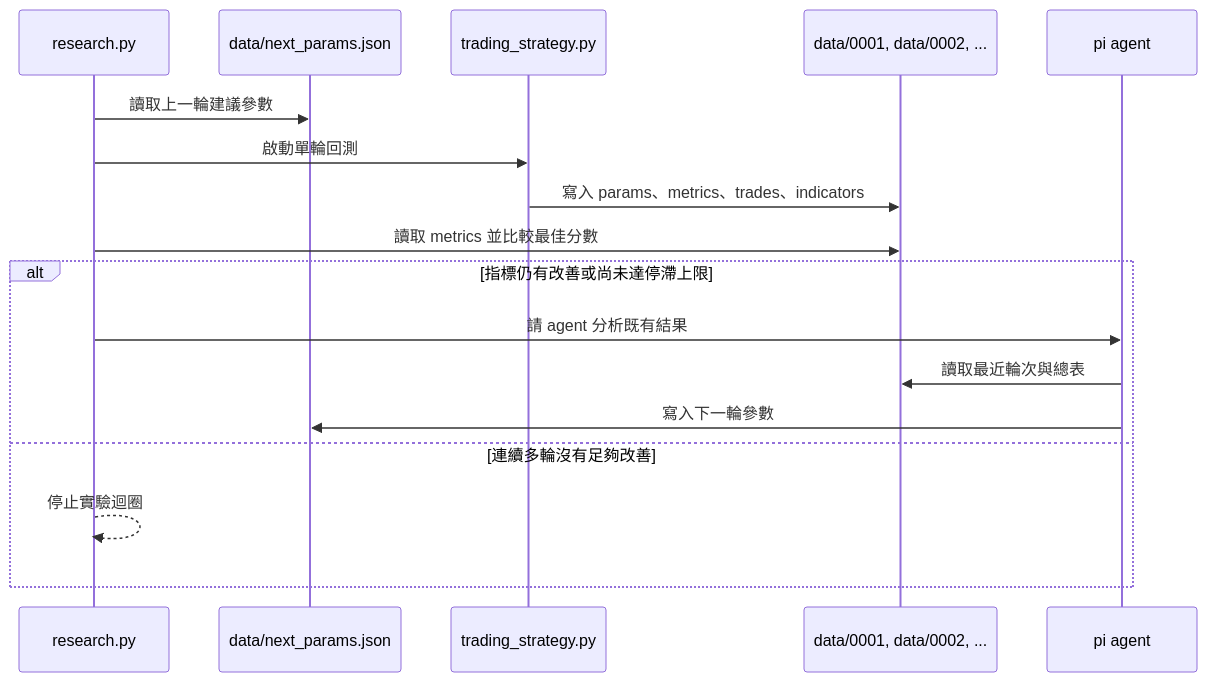
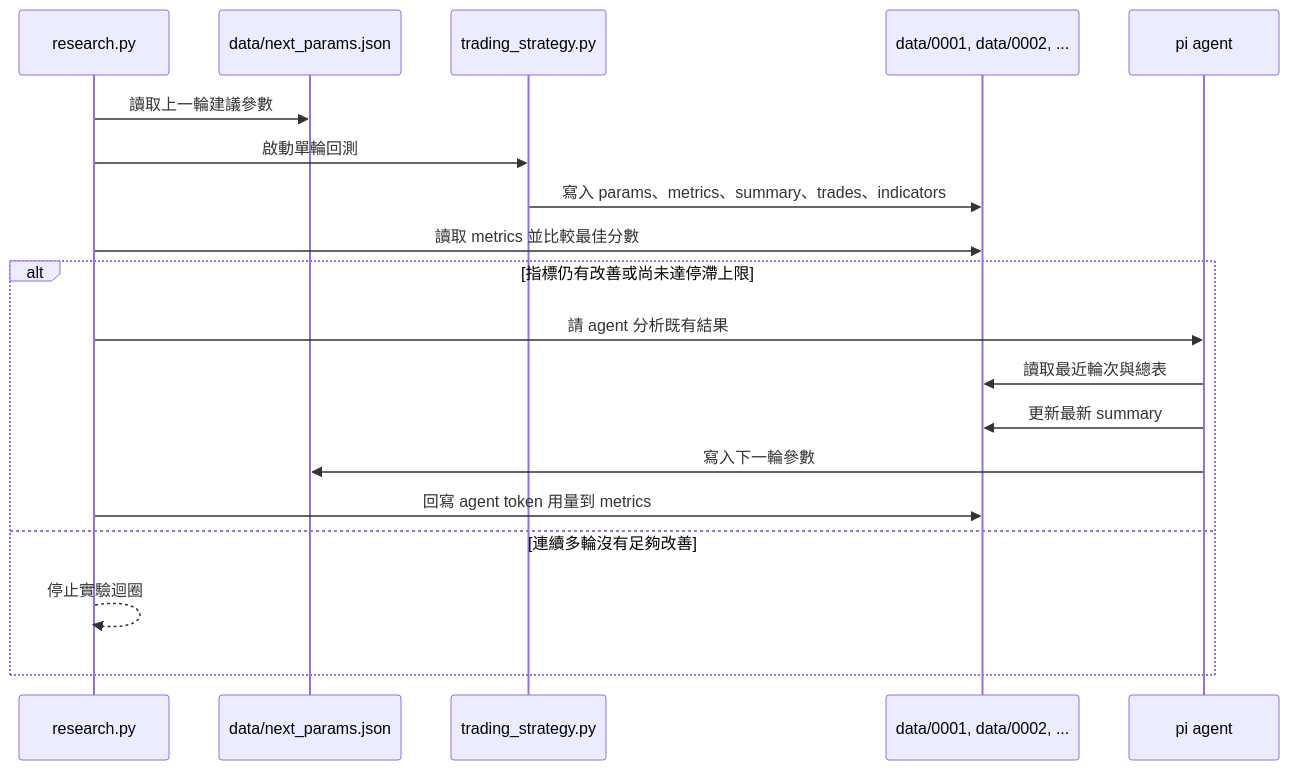
One commit to Phate334/autoresearch-strategies changed the second of 3 diagrams in docs/README.md. Above: the diagram before and after it, drawn with Mermaid. The commit also changed other lines of this file, not shown here.

Commit message:
更新 README.md，增強對 pi agent 功能的描述，新增觀察摘要與參數產生流程的細節

````diff
--- a/docs/README.md
+++ b/docs/README.md
@@ -24,20 +24,22 @@
 ```mermaid
 sequenceDiagram
 	participant R as research.py
 	participant N as data/next_params.json
 	participant T as trading_strategy.py
 	participant O as data/0001, data/0002, ...
 	participant A as pi agent
 
 	R->>N: 讀取上一輪建議參數
 	R->>T: 啟動單輪回測
-	T->>O: 寫入 params、metrics、trades、indicators
+	T->>O: 寫入 params、metrics、summary、trades、indicators
 	R->>O: 讀取 metrics 並比較最佳分數
 	alt 指標仍有改善或尚未達停滯上限
 		R->>A: 請 agent 分析既有結果
 		A->>O: 讀取最近輪次與總表
+		A->>O: 更新最新 summary
 		A->>N: 寫入下一輪參數
+		R->>O: 回寫 agent token 用量到 metrics
 	else 連續多輪沒有足夠改善
 		R-->>R: 停止實驗迴圈
 	end
 ```
````
